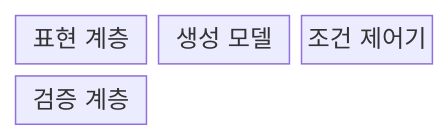
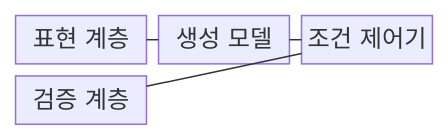
Before and after one commit to agnusdei1207/knowledge-base: the first of 2 diagrams in src/content/docs/notes/08-latest-tech/025_generative_ai.md, drawn with Mermaid. The commit also changed other lines of this file and 228 other files, not shown here.

````diff
--- a/src/content/docs/notes/08-latest-tech/025_generative_ai.md
+++ b/src/content/docs/notes/08-latest-tech/025_generative_ai.md
@@ -52,8 +52,11 @@
 ```mermaid
 block-beta
     columns 3
     E["표현 계층"]
     M["생성 모델"]
     C["조건 제어기"]
     V["검증 계층"]
+    E --- M
+    M --- C
+    C --- V
 ```
````
